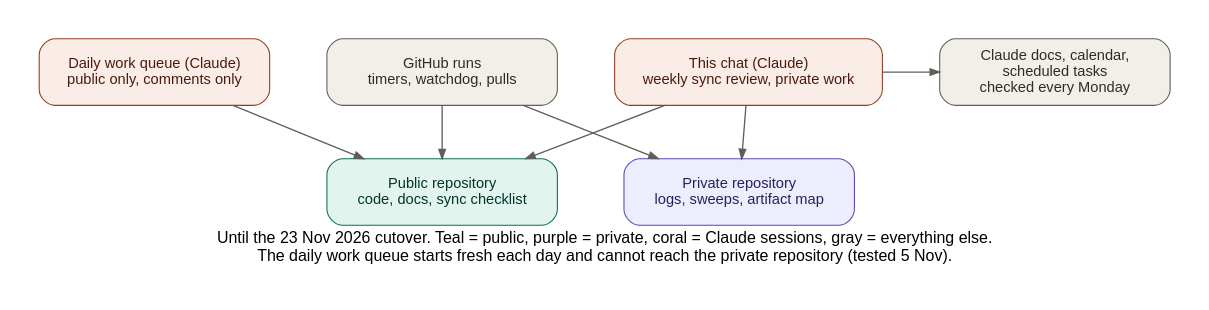
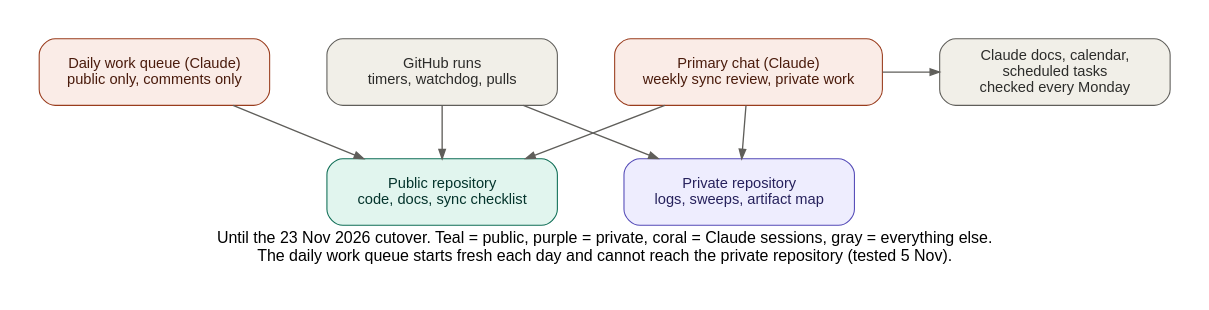
Before and after one commit to pagagne/internet-security-snapshot: the diagram in docs/diagrams/sync_flow_now.dot, drawn with Graphviz. The commit also changed 2 other files, not shown here.

Commit message:
Sync-flow diagrams: primary chat does the sync reviews; work queue the dated issues
Claude-Session: https://claude.ai/code/session_01Ja62sVwuRgkZ7eiKHxiFMr

```diff
--- a/docs/diagrams/sync_flow_now.dot
+++ b/docs/diagrams/sync_flow_now.dot
@@ -1,24 +1,24 @@
 // Sync flow until the 23 Nov 2026 cutover (moved up from 30 Nov) (author's request, 5 Nov 2026).
 // Source of truth: docs/SYNC_REVIEW.md, docs/OPERATIONS.md, docs/SOP_MANUAL_RUNS.md.
 // Render: dot -Tpng -Gdpi=150 docs/diagrams/sync_flow_now.dot -o docs/diagrams/sync_flow_now.png
 digraph sync_now {
   graph [rankdir=TB, fontname="Helvetica", fontsize=12, nodesep=0.6, ranksep=0.55, pad=0.3,
          label="Until the 23 Nov 2026 cutover. Teal = public, purple = private, coral = Claude sessions, gray = everything else.\nThe daily work queue starts fresh each day and cannot reach the private repository (tested 5 Nov).",
          labelloc=b];
   node  [fontname="Helvetica", fontsize=11, shape=box, style="rounded,filled", width=2.4, height=0.7, penwidth=0.8];
   edge  [color="#5F5E5A", arrowsize=0.7];
 
   gh      [label="GitHub runs\ntimers, watchdog, pulls", fillcolor="#F1EFE8", color="#5F5E5A", fontcolor="#2C2C2A"];
   pub     [label="Public repository\ncode, docs, sync checklist", fillcolor="#E1F5EE", color="#0F6E56", fontcolor="#04342C"];
   priv    [label="Private repository\nlogs, sweeps, artifact map", fillcolor="#EEEDFE", color="#534AB7", fontcolor="#26215C"];
-  chat    [label="This chat (Claude)\nweekly sync review, private work", fillcolor="#FAECE7", color="#993C1D", fontcolor="#4A1B0C"];
+  chat    [label="Primary chat (Claude)\nweekly sync review, private work", fillcolor="#FAECE7", color="#993C1D", fontcolor="#4A1B0C"];
   queue   [label="Daily work queue (Claude)\npublic only, comments only", fillcolor="#FAECE7", color="#993C1D", fontcolor="#4A1B0C"];
   outside [label="Claude docs, calendar,\nscheduled tasks\nchecked every Monday", fillcolor="#F1EFE8", color="#5F5E5A", fontcolor="#2C2C2A"];
 
   gh -> pub; gh -> priv;
   {rank=same; pub; priv;}
   chat -> pub; chat -> priv;
   queue -> pub;
   chat -> outside;
   {rank=same; queue; chat; outside;}
 }
```
